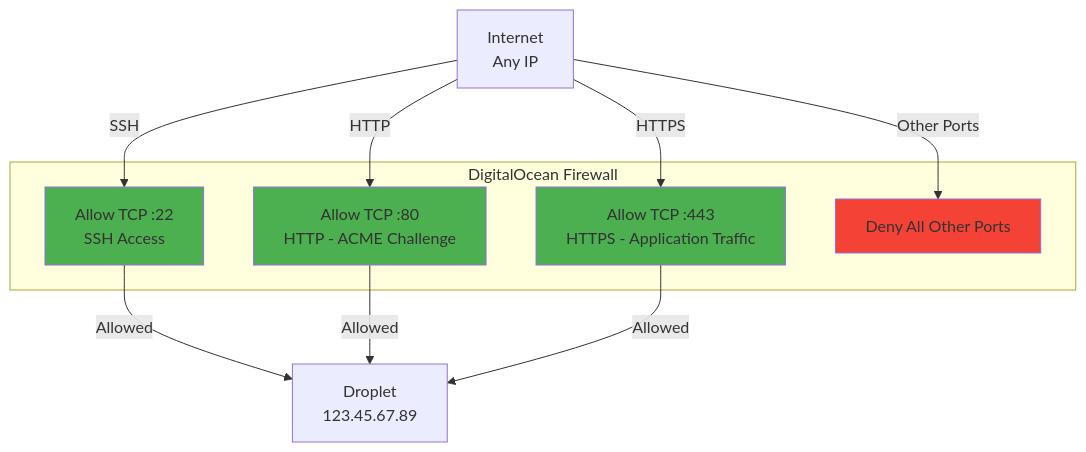
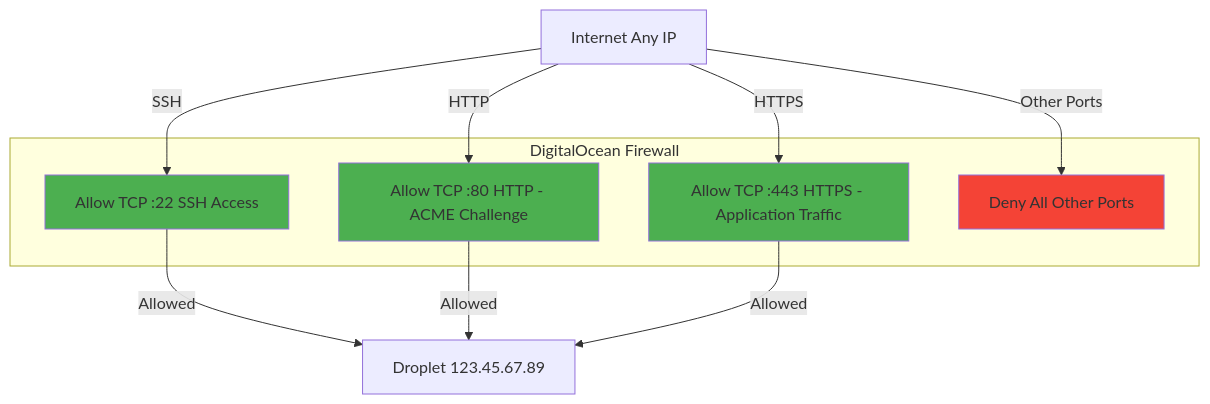
One commit to softwarewrighter/ssl-proxy-for-do changed the eighth of 9 diagrams in wiki/Network-Architecture.md. Above: the diagram before and after it, drawn with Mermaid. The commit also changed other lines of this file and 7 other files, not shown here.

First line of the commit message:
Fix wiki Mermaid diagrams: remove remaining <br/> tags

````diff
--- a/wiki/Network-Architecture.md
+++ b/wiki/Network-Architecture.md
@@ -484,23 +484,23 @@
 ```mermaid
 graph TB
-    Internet[Internet<br/>Any IP]
+    Internet[Internet Any IP]
 
     subgraph "DigitalOcean Firewall"
-        FW_SSH[Allow TCP :22<br/>SSH Access]
-        FW_HTTP[Allow TCP :80<br/>HTTP - ACME Challenge]
-        FW_HTTPS[Allow TCP :443<br/>HTTPS - Application Traffic]
+        FW_SSH[Allow TCP :22 SSH Access]
+        FW_HTTP[Allow TCP :80 HTTP - ACME Challenge]
+        FW_HTTPS[Allow TCP :443 HTTPS - Application Traffic]
         FW_DENY[Deny All Other Ports]
     end
 
-    Droplet[Droplet<br/>123.45.67.89]
+    Droplet[Droplet 123.45.67.89]
 
     Internet -->|SSH| FW_SSH -->|Allowed| Droplet
     Internet -->|HTTP| FW_HTTP -->|Allowed| Droplet
     Internet -->|HTTPS| FW_HTTPS -->|Allowed| Droplet
     Internet -->|Other Ports| FW_DENY
 
     style FW_SSH fill:#4CAF50
     style FW_HTTP fill:#4CAF50
     style FW_HTTPS fill:#4CAF50
     style FW_DENY fill:#F44336
 ```
````
